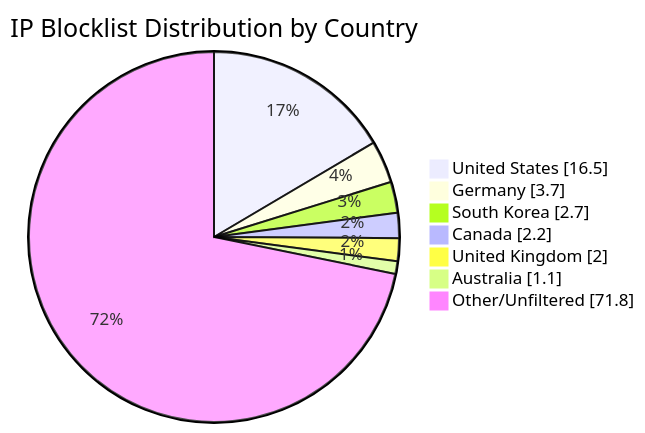
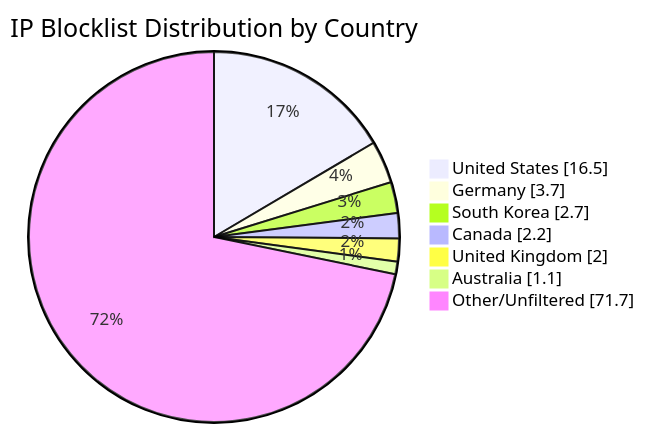
The diagram in README.md (MarcusHoltz/ipblocklist-geofiltered-aggregator), drawn with Mermaid before and after one commit. The commit also changed other lines of this file and 9 other files, not shown here.

````diff
--- a/README.md
+++ b/README.md
@@ -34,10 +34,10 @@
 ```mermaid
 pie showData title IP Blocklist Distribution by Country
 "United States" : 16.5
 "Germany" : 3.7
 "South Korea" : 2.7
 "Canada" : 2.2
 "United Kingdom" : 2.0
 "Australia" : 1.1
-"Other/Unfiltered" : 71.8
+"Other/Unfiltered" : 71.7
 ```
````
